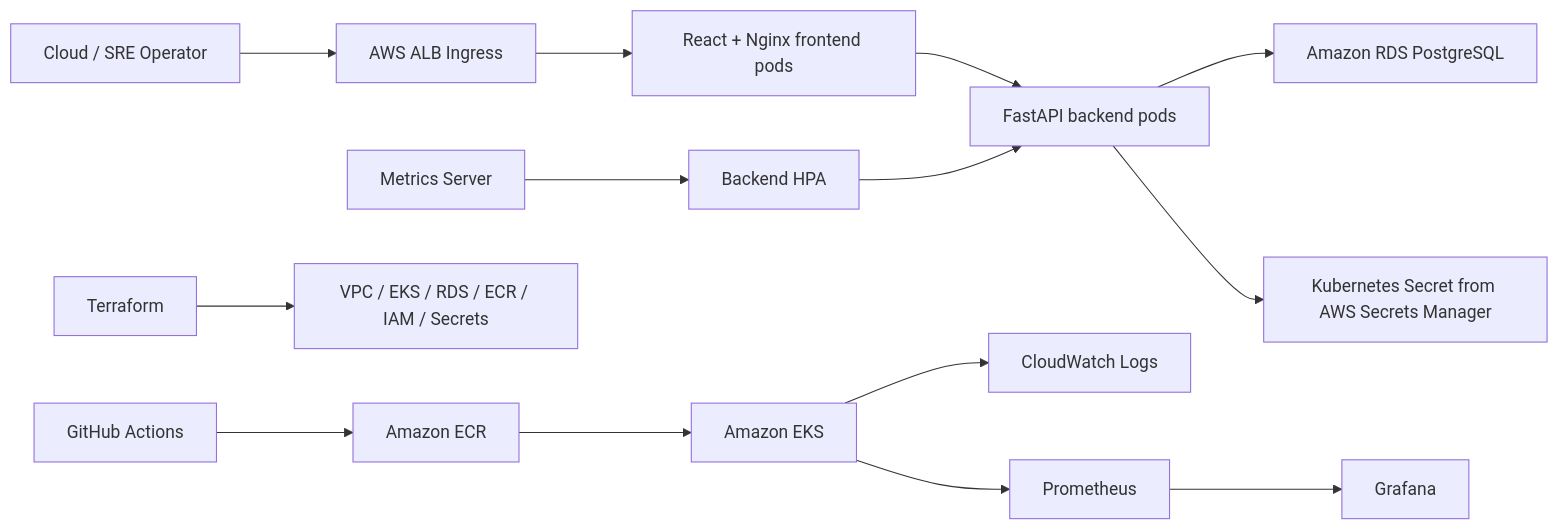
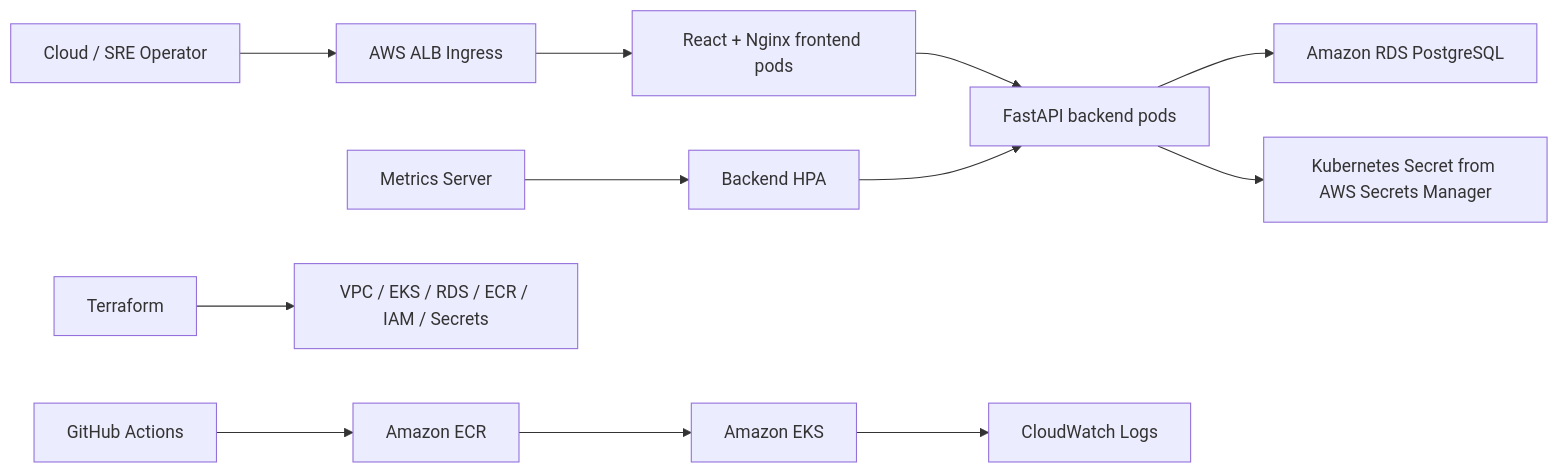
The diagram in README.md (krishna310301/cloudops-sre-platform), drawn with Mermaid before and after one commit. The commit also changed other lines of this file and 14 other files, not shown here.

````diff
--- a/README.md
+++ b/README.md
@@ -58,17 +59,15 @@
 ```mermaid
 flowchart LR
     operator["Cloud / SRE Operator"] --> alb["AWS ALB Ingress"]
     alb --> frontend["React + Nginx frontend pods"]
     frontend --> backend["FastAPI backend pods"]
     backend --> rds["Amazon RDS PostgreSQL"]
     backend --> secret["Kubernetes Secret from AWS Secrets Manager"]
 
     gha["GitHub Actions"] --> ecr["Amazon ECR"]
     ecr --> eks["Amazon EKS"]
     tf["Terraform"] --> aws["VPC / EKS / RDS / ECR / IAM / Secrets"]
     eks --> cw["CloudWatch Logs"]
-    eks --> prom["Prometheus"]
-    prom --> grafana["Grafana"]
     metrics["Metrics Server"] --> hpa["Backend HPA"]
     hpa --> backend
 ```
````
